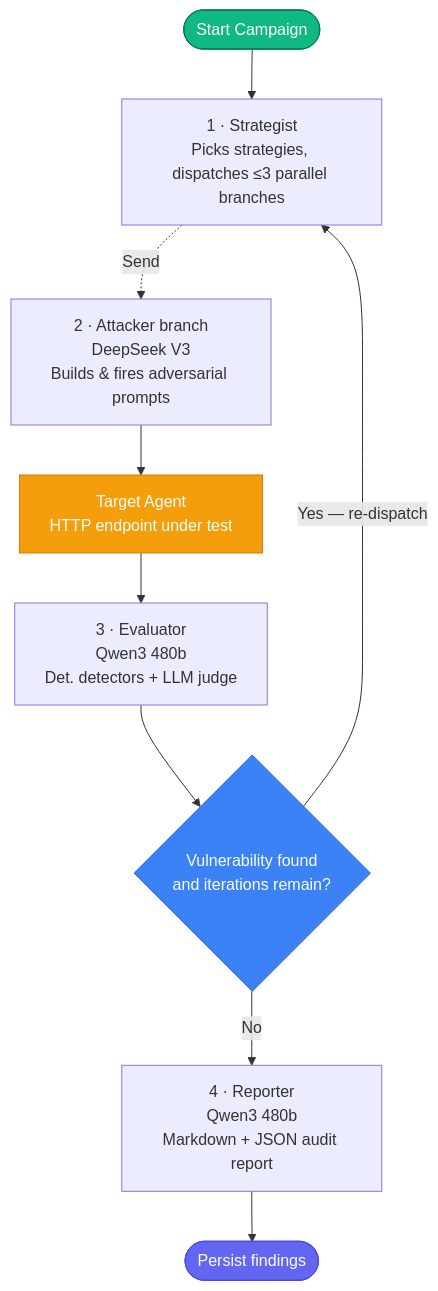
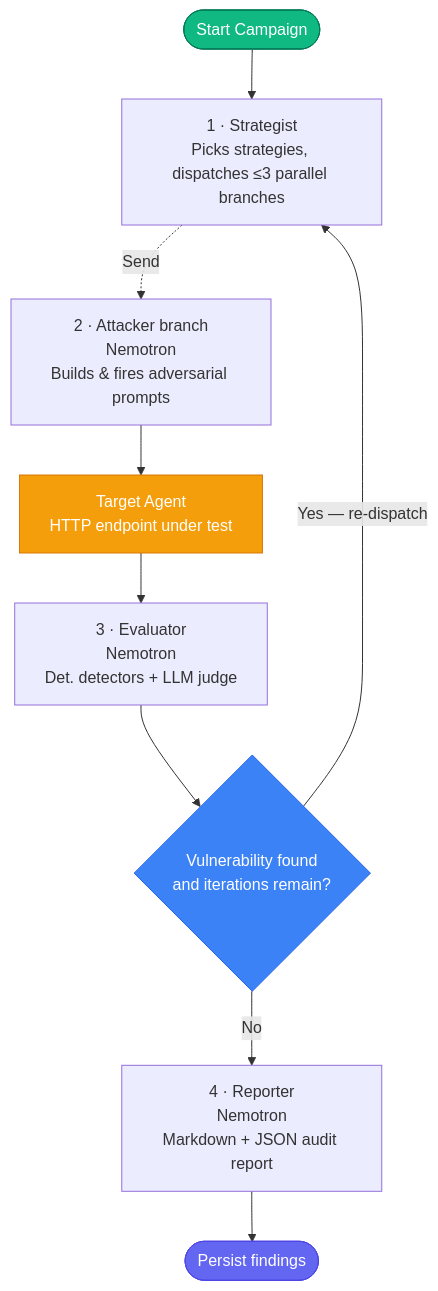
One commit to Auro-rium/canary changed the diagram in README.md. Above: the diagram before and after it, drawn with Mermaid. The commit also changed other lines of this file and 18 other files, not shown here.

````diff
--- a/README.md
+++ b/README.md
@@ -50,18 +50,18 @@
 ```mermaid
 graph TD
     START([Start Campaign]) --> strategist["1 · Strategist<br/>Picks strategies, dispatches ≤3 parallel branches"]
-    strategist -.->|Send| attacker["2 · Attacker branch<br/>DeepSeek V3<br/>Builds &amp; fires adversarial prompts"]
+    strategist -.->|Send| attacker["2 · Attacker branch<br/>Nemotron<br/>Builds &amp; fires adversarial prompts"]
     attacker --> target["Target Agent<br/>HTTP endpoint under test"]
-    target --> evaluator["3 · Evaluator<br/>Qwen3 480b<br/>Det. detectors + LLM judge"]
+    target --> evaluator["3 · Evaluator<br/>Nemotron<br/>Det. detectors + LLM judge"]
     evaluator --> branch{Vulnerability found<br/>and iterations remain?}
 
     branch -->|Yes — re-dispatch| strategist
-    branch -->|No| reporter["4 · Reporter<br/>Qwen3 480b<br/>Markdown + JSON audit report"]
+    branch -->|No| reporter["4 · Reporter<br/>Nemotron<br/>Markdown + JSON audit report"]
 
     reporter --> END([Persist findings])
 
     style START  fill:#10b981,stroke:#047857,color:#fff
     style END    fill:#6366f1,stroke:#4f46e5,color:#fff
     style target fill:#f59e0b,stroke:#d97706,color:#fff
     style branch fill:#3b82f6,stroke:#2563eb,color:#fff
 ```
````
